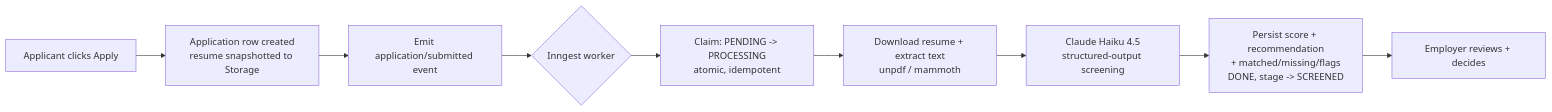
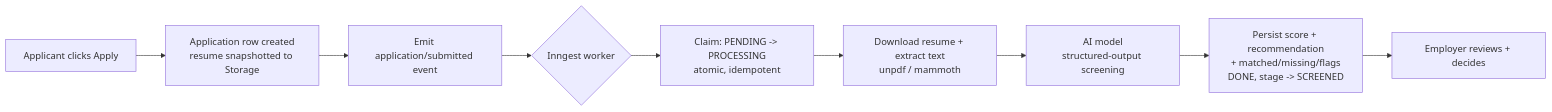
Before and after one commit to jcarlo-vs/job-hiring-platform: the diagram in README.md, drawn with Mermaid. The commit also changed other lines of this file and 6 other files, not shown here.

````diff
--- a/README.md
+++ b/README.md
@@ -34,11 +43,11 @@
 ```mermaid
 flowchart LR
   A[Applicant clicks Apply] --> B[Application row created<br/>resume snapshotted to Storage]
   B --> C[Emit application/submitted event]
   C --> D{Inngest worker}
   D --> E[Claim: PENDING -> PROCESSING<br/>atomic, idempotent]
   E --> F[Download resume + extract text<br/>unpdf / mammoth]
-  F --> G[Claude Haiku 4.5<br/>structured-output screening]
+  F --> G[AI model<br/>structured-output screening]
   G --> H[Persist score + recommendation<br/>+ matched/missing/flags<br/>DONE, stage -> SCREENED]
   H --> I[Employer reviews + decides]
 ```
````
